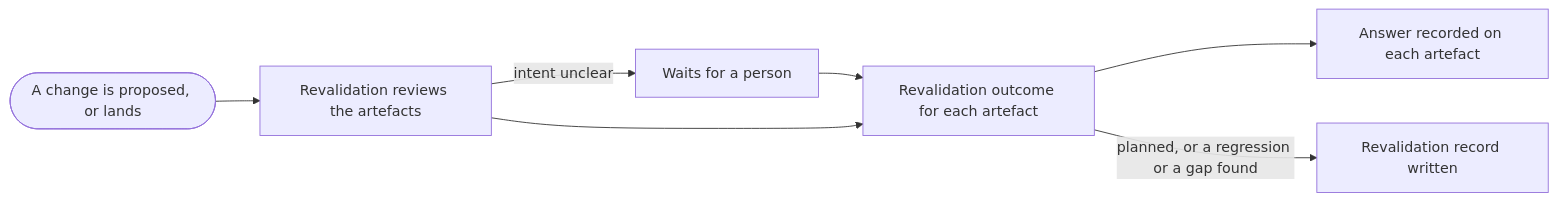
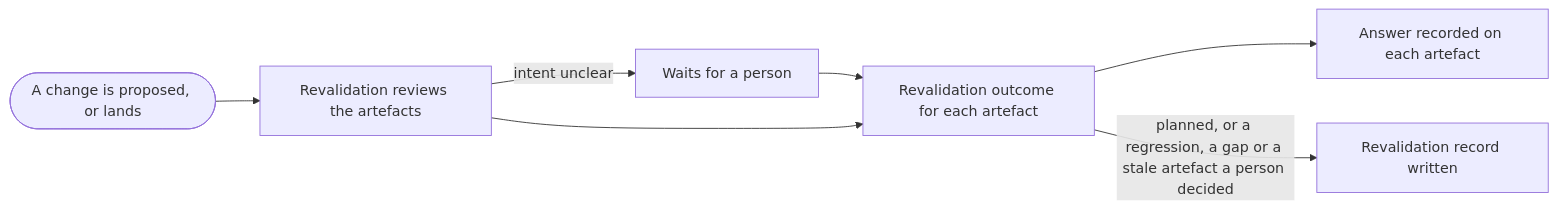
One commit to aleskalfas/project-kit changed the second of 2 diagrams in tech-docs/analysis/software-analysis/domain-model/020-revalidations.md. Above: the diagram before and after it, drawn with Mermaid. The commit also changed other lines of this file and 14 other files, not shown here.

````diff
--- a/tech-docs/analysis/software-analysis/domain-model/020-revalidations.md
+++ b/tech-docs/analysis/software-analysis/domain-model/020-revalidations.md
@@ -65,11 +65,11 @@
 ```mermaid
 flowchart LR
   accTitle: How a revalidation moves
   accDescr: A change is proposed or lands, and a revalidation reviews the artefacts it touches. Where stale and regressed cannot be told apart, the artefact waits for a person. Each artefact ends in a revalidation outcome, recorded as its answer, and a revalidation with something to say leaves a revalidation record.
   trigger([A change is proposed, or lands]) --> review[Revalidation reviews the artefacts]
   review -->|intent unclear| waits[Waits for a person]
   waits --> outcome[Revalidation outcome for each artefact]
   review --> outcome
   outcome --> answered[Answer recorded on each artefact]
-  outcome -->|planned, or a regression or a gap found| logged[Revalidation record written]
+  outcome -->|planned, or a regression, a gap or a stale artefact a person decided| logged[Revalidation record written]
 ```
````
